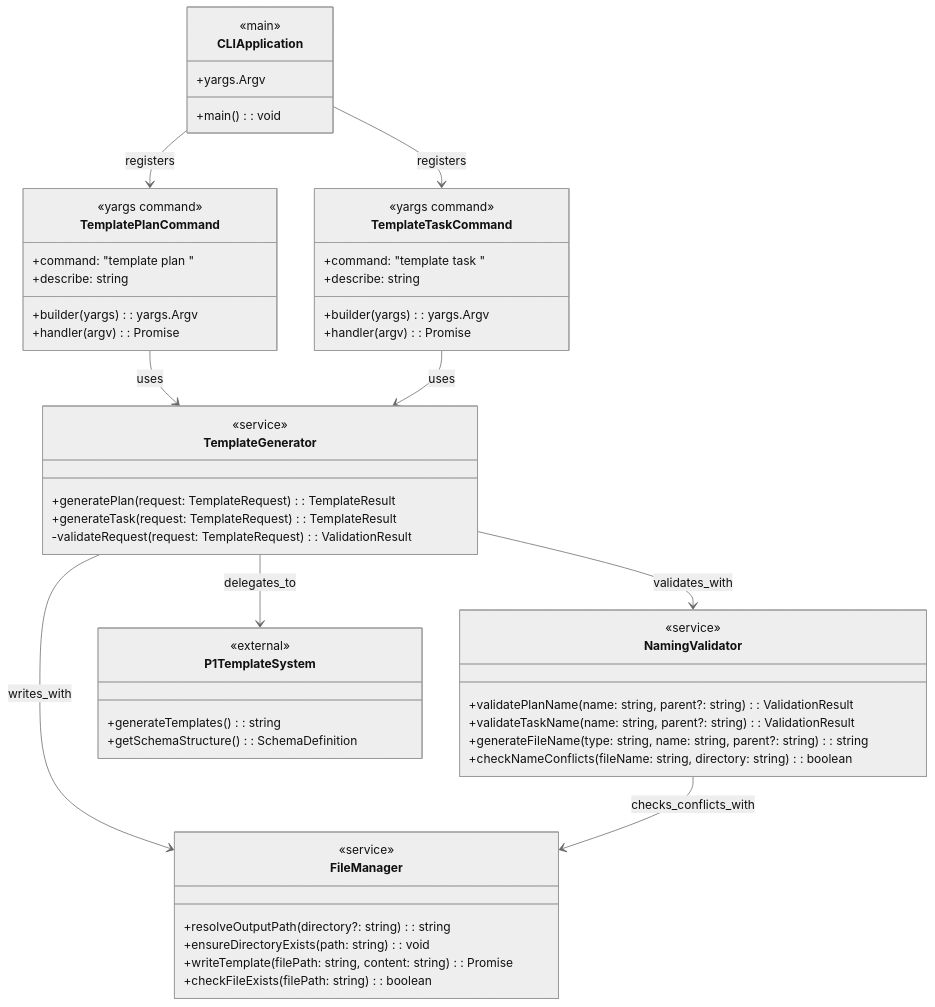
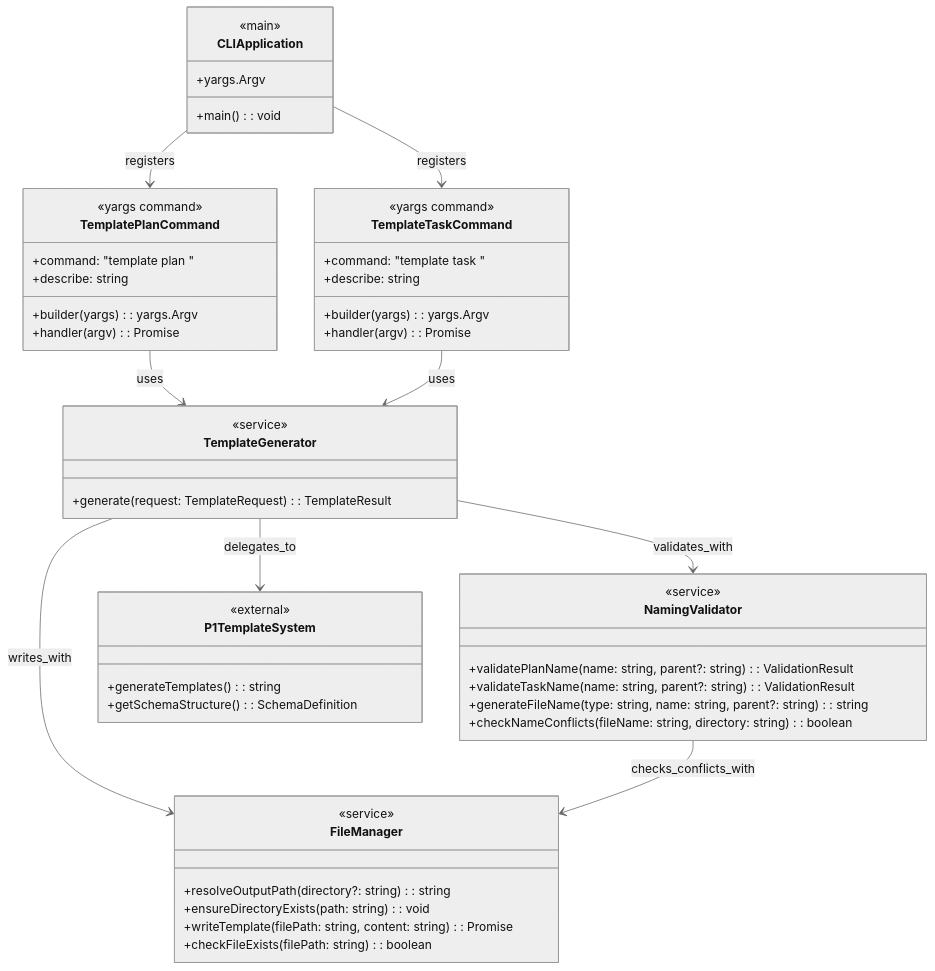
The second of 4 diagrams in docs/requirements/p1-p2-t3-template-commands.task.md (livelifelively/documentation-driven-development-tools), drawn with Mermaid (neutral theme) before and after one commit.

````diff
--- a/docs/requirements/p1-p2-t3-template-commands.task.md
+++ b/docs/requirements/p1-p2-t3-template-commands.task.md
@@ -113,64 +113,62 @@
 ```mermaid
 classDiagram
     direction TB
 
     class CLIApplication {
         <<main>>
         +yargs.Argv
         +main(): void
     }
 
     class TemplatePlanCommand {
         <<yargs command>>
         +command: "template plan <name>"
         +describe: string
         +builder(yargs): yargs.Argv
         +handler(argv): Promise<void>
     }
 
     class TemplateTaskCommand {
         <<yargs command>>
         +command: "template task <name>"
         +describe: string
         +builder(yargs): yargs.Argv
         +handler(argv): Promise<void>
     }
 
     class TemplateGenerator {
         <<service>>
-        +generatePlan(request: TemplateRequest): TemplateResult
-        +generateTask(request: TemplateRequest): TemplateResult
-        -validateRequest(request: TemplateRequest): ValidationResult
+        +generate(request: TemplateRequest): TemplateResult
     }
 
     class NamingValidator {
         <<service>>
         +validatePlanName(name: string, parent?: string): ValidationResult
         +validateTaskName(name: string, parent?: string): ValidationResult
         +generateFileName(type: string, name: string, parent?: string): string
         +checkNameConflicts(fileName: string, directory: string): boolean
     }
 
     class FileManager {
         <<service>>
         +resolveOutputPath(directory?: string): string
         +ensureDirectoryExists(path: string): void
         +writeTemplate(filePath: string, content: string): Promise<void>
         +checkFileExists(filePath: string): boolean
     }
 
     class P1TemplateSystem {
         <<external>>
         +generateTemplates(): string
         +getSchemaStructure(): SchemaDefinition
     }
 
     CLIApplication --> TemplatePlanCommand : registers
     CLIApplication --> TemplateTaskCommand : registers
     TemplatePlanCommand --> TemplateGenerator : uses
     TemplateTaskCommand --> TemplateGenerator : uses
     TemplateGenerator --> NamingValidator : validates_with
     TemplateGenerator --> FileManager : writes_with
     TemplateGenerator --> P1TemplateSystem : delegates_to
     NamingValidator --> FileManager : checks_conflicts_with
 ```
````
